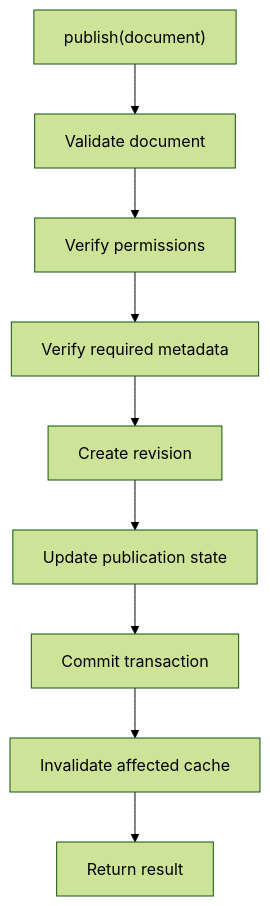
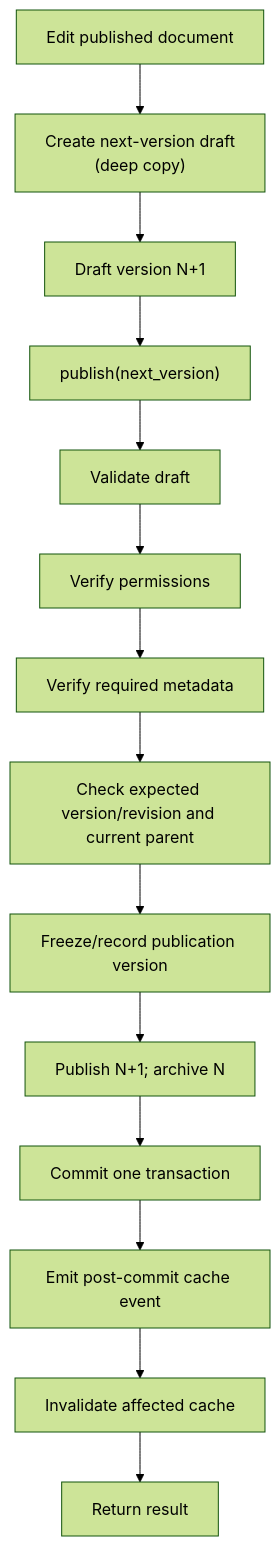
One commit to Natoandro/verso changed the second of 7 diagrams in docs/design/operations.md. Above: the diagram before and after it, drawn with Mermaid (forest theme). The commit also changed other lines of this file and 7 other files, not shown here.

````diff
--- a/docs/design/operations.md
+++ b/docs/design/operations.md
@@ -28,11 +43,16 @@
 ```mermaid
 flowchart TB
-    publish["publish(document)"] --> validate["Validate document"]
+    edit["Edit published document"] --> copy["Create next-version draft\n(deep copy)"]
+    copy --> draft["Draft version N+1"]
+    draft --> publish["publish(next_version)"]
+    publish --> validate["Validate draft"]
     validate --> permissions["Verify permissions"]
     permissions --> metadata["Verify required metadata"]
-    metadata --> revision["Create revision"]
-    revision --> state["Update publication state"]
-    state --> transaction["Commit transaction"]
-    transaction --> invalidate["Invalidate affected cache"]
+    metadata --> concurrency["Check expected version/revision and current parent"]
+    concurrency --> revision["Freeze/record publication version"]
+    revision --> state["Publish N+1; archive N"]
+    state --> transaction["Commit one transaction"]
+    transaction --> event["Emit post-commit cache event"]
+    event --> invalidate["Invalidate affected cache"]
     invalidate --> result["Return result"]
 ```
````
